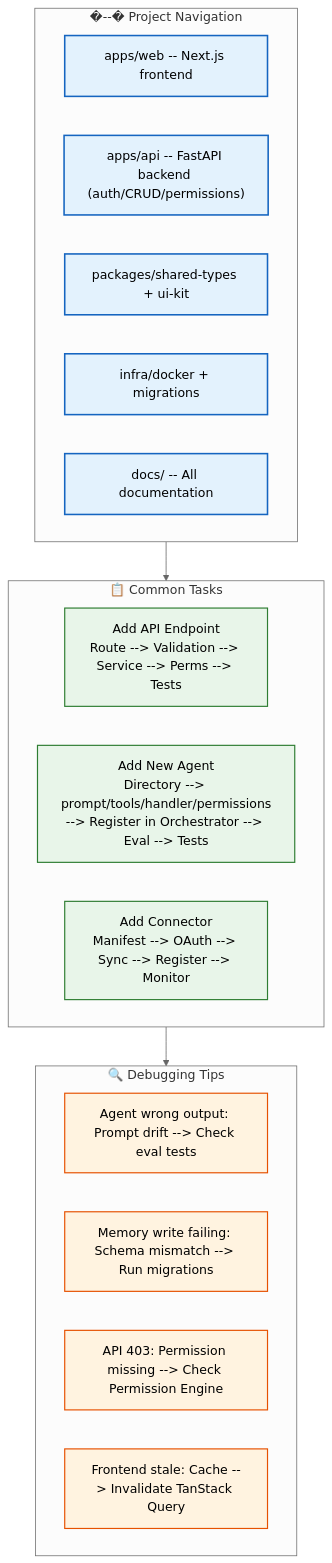
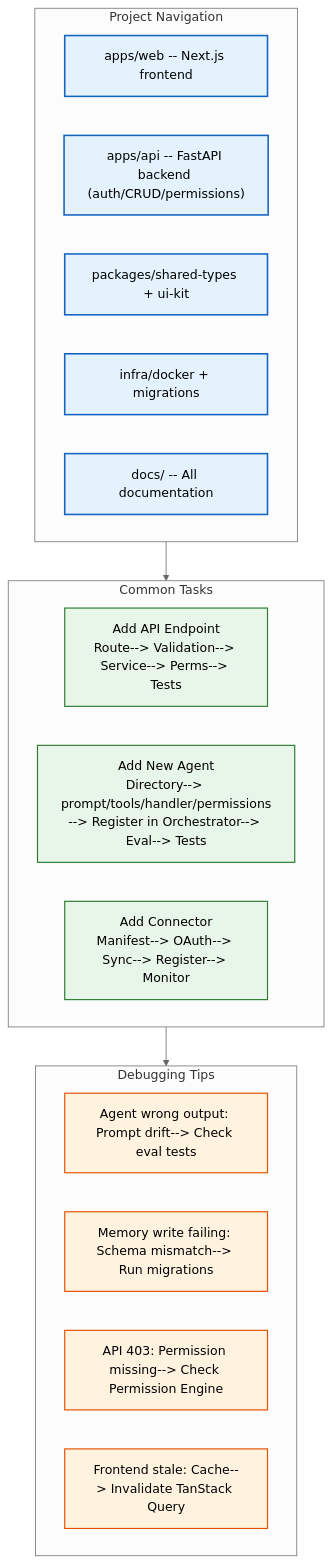
The diagram in docs/developer-experience/Developer-Guide.md (Driftloom/Vaeloom), drawn with Mermaid (neutral theme) before and after one commit. The commit also changed other lines of this file and 694 other files, not shown here.

First line of the commit message:
docs: mermaid standardization — encoding/mermaid/duplicate cleanup

````diff
--- a/docs/developer-experience/Developer-Guide.md
+++ b/docs/developer-experience/Developer-Guide.md
@@ -7,33 +7,33 @@
 ```mermaid
 graph TD
-    classDef nav fill:#e3f2fd,stroke:#1565c0,color:#000,stroke-width:2px
-    classDef task fill:#e8f5e9,stroke:#2e7d32,color:#000,stroke-width:1.5px
-    classDef debug fill:#fff3e0,stroke:#e65100,color:#000,stroke-width:1.5px
+ classDef nav fill:#e3f2fd,stroke:#1565c0,color:#000,stroke-width:2px
+ classDef task fill:#e8f5e9,stroke:#2e7d32,color:#000,stroke-width:1.5px
+ classDef debug fill:#fff3e0,stroke:#e65100,color:#000,stroke-width:1.5px
 
-    subgraph Navigation["�--�️ Project Navigation"]
-        N1["apps/web -- Next.js frontend"]
-        N2["apps/api -- FastAPI backend (auth/CRUD/permissions)"]
-        N3["packages/shared-types + ui-kit"]
-        N4["infra/docker + migrations"]
-        N5["docs/ -- All documentation"]
-    end
+ subgraph Navigation["Project Navigation"]
+ N1["apps/web -- Next.js frontend"]
+ N2["apps/api -- FastAPI backend (auth/CRUD/permissions)"]
+ N3["packages/shared-types + ui-kit"]
+ N4["infra/docker + migrations"]
+ N5["docs/ -- All documentation"]
+ end
 
-    subgraph Tasks["📋 Common Tasks"]
-        T1["Add API Endpoint<br/>Route --> Validation --> Service --> Perms --> Tests"]
-        T2["Add New Agent<br/>Directory --> prompt/tools/handler/permissions<br/>--> Register in Orchestrator --> Eval --> Tests"]
-        T3["Add Connector<br/>Manifest --> OAuth --> Sync --> Register --> Monitor"]
-    end
+ subgraph Tasks["Common Tasks"]
+ T1["Add API Endpoint<br/>Route--> Validation--> Service--> Perms--> Tests"]
+ T2["Add New Agent<br/>Directory--> prompt/tools/handler/permissions<br/>--> Register in Orchestrator--> Eval--> Tests"]
+ T3["Add Connector<br/>Manifest--> OAuth--> Sync--> Register--> Monitor"]
+ end
 
-    subgraph Debugging["🔍 Debugging Tips"]
-        D1["Agent wrong output: Prompt drift --> Check eval tests"]
-        D2["Memory write failing: Schema mismatch --> Run migrations"]
-        D3["API 403: Permission missing --> Check Permission Engine"]
-        D4["Frontend stale: Cache --> Invalidate TanStack Query"]
-    end
+ subgraph Debugging["Debugging Tips"]
+ D1["Agent wrong output: Prompt drift--> Check eval tests"]
+ D2["Memory write failing: Schema mismatch--> Run migrations"]
+ D3["API 403: Permission missing--> Check Permission Engine"]
+ D4["Frontend stale: Cache--> Invalidate TanStack Query"]
+ end
 
-    Navigation --> Tasks --> Debugging
+ Navigation--> Tasks--> Debugging
 
-    class N1,N2,N3,N4,N5 nav
-    class T1,T2,T3 task
-    class D1,D2,D3,D4 debug
+ class N1,N2,N3,N4,N5 nav
+ class T1,T2,T3 task
+ class D1,D2,D3,D4 debug
 ```
````
